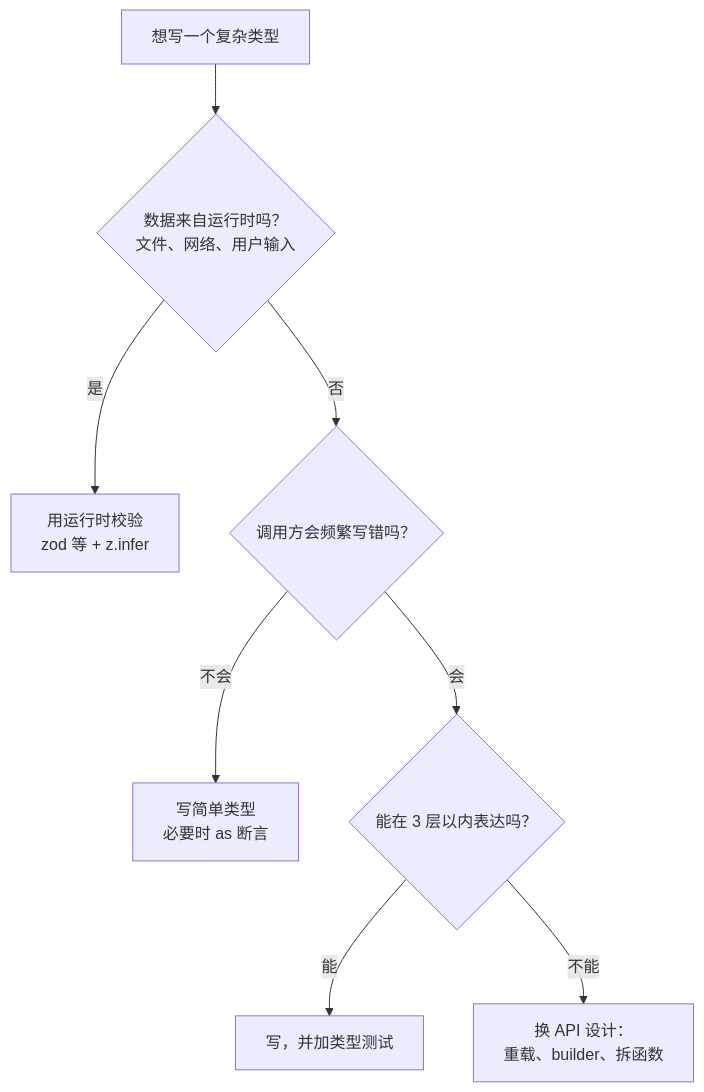
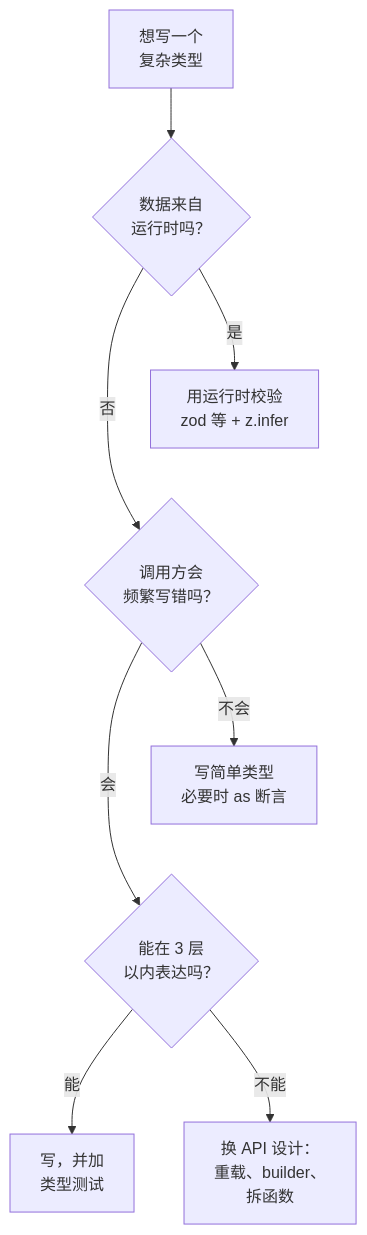
Before and after one commit to jarvis-pro/hatch-shelf: the diagram in books/ts-node-advanced/03-type-gymnastics-limits.md, drawn with Mermaid. The commit also changed other lines of this file and 432 other files, not shown here.

````diff
--- a/books/ts-node-advanced/03-type-gymnastics-limits.md
+++ b/books/ts-node-advanced/03-type-gymnastics-limits.md
@@ -112,10 +112,12 @@
 ```mermaid
 flowchart TD
-  A["想写一个复杂类型"] --> B{"数据来自运行时吗？<br/>文件、网络、用户输入"}
+  A["想写一个<br/>复杂类型"] --> B{"数据来自<br/>运行时吗？"}
   B -->|"是"| C["用运行时校验<br/>zod 等 + z.infer"]
-  B -->|"否"| D{"调用方会频繁写错吗？"}
+  B -->|"否"| D{"调用方会<br/>频繁写错吗？"}
   D -->|"不会"| E["写简单类型<br/>必要时 as 断言"]
-  D -->|"会"| F{"能在 3 层以内表达吗？"}
-  F -->|"能"| G["写，并加类型测试"]
-  F -->|"不能"| H["换 API 设计：<br/>重载、builder、拆函数"]
+  D -->|"会"| F{"能在 3 层<br/>以内表达吗？"}
+  F -->|"能"| G["写，并加<br/>类型测试"]
+  F -->|"不能"| H["换 API 设计：<br/>重载、builder、<br/>拆函数"]
+  C ~~~ D
+  E ~~~ F
 ```
````
